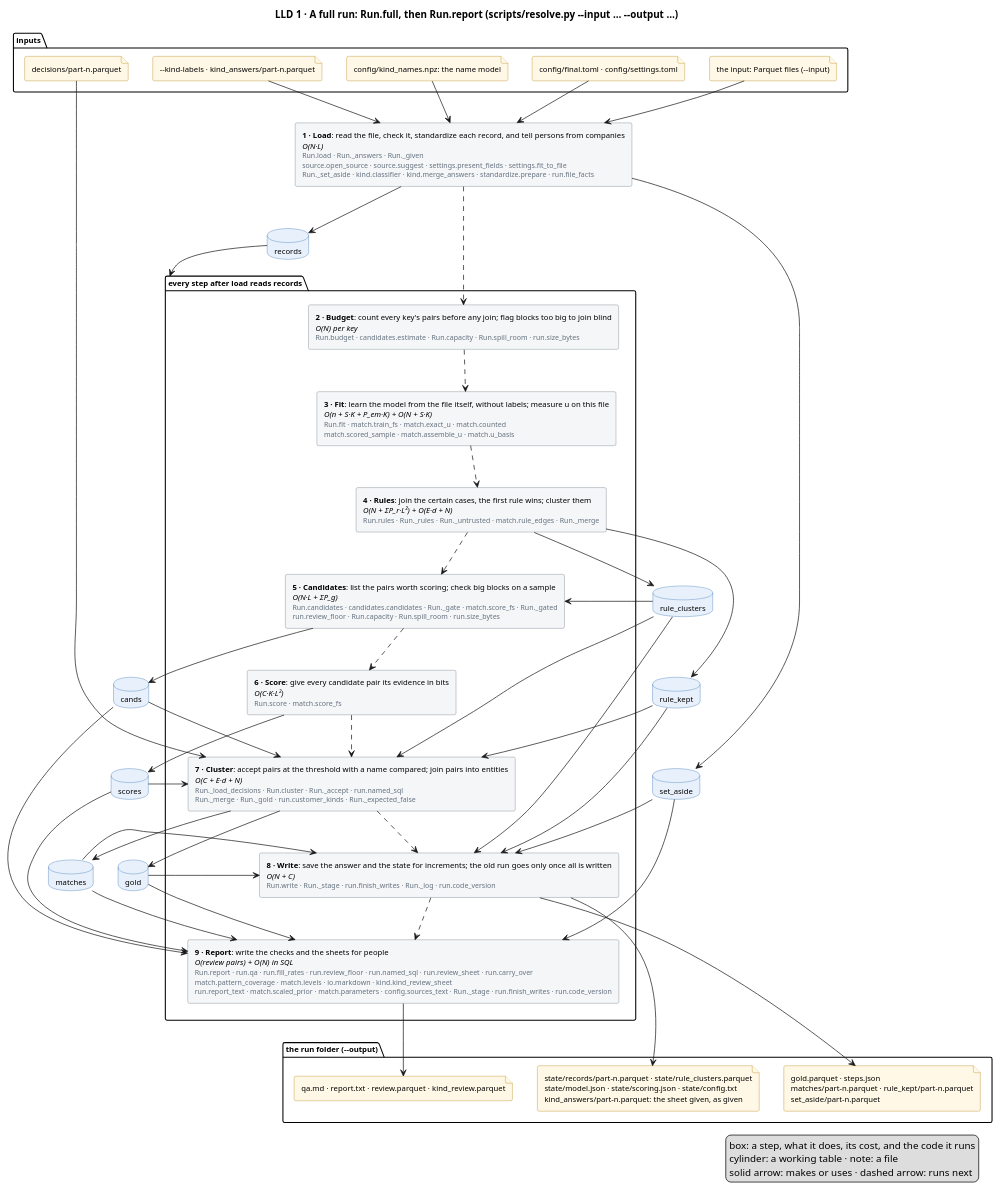
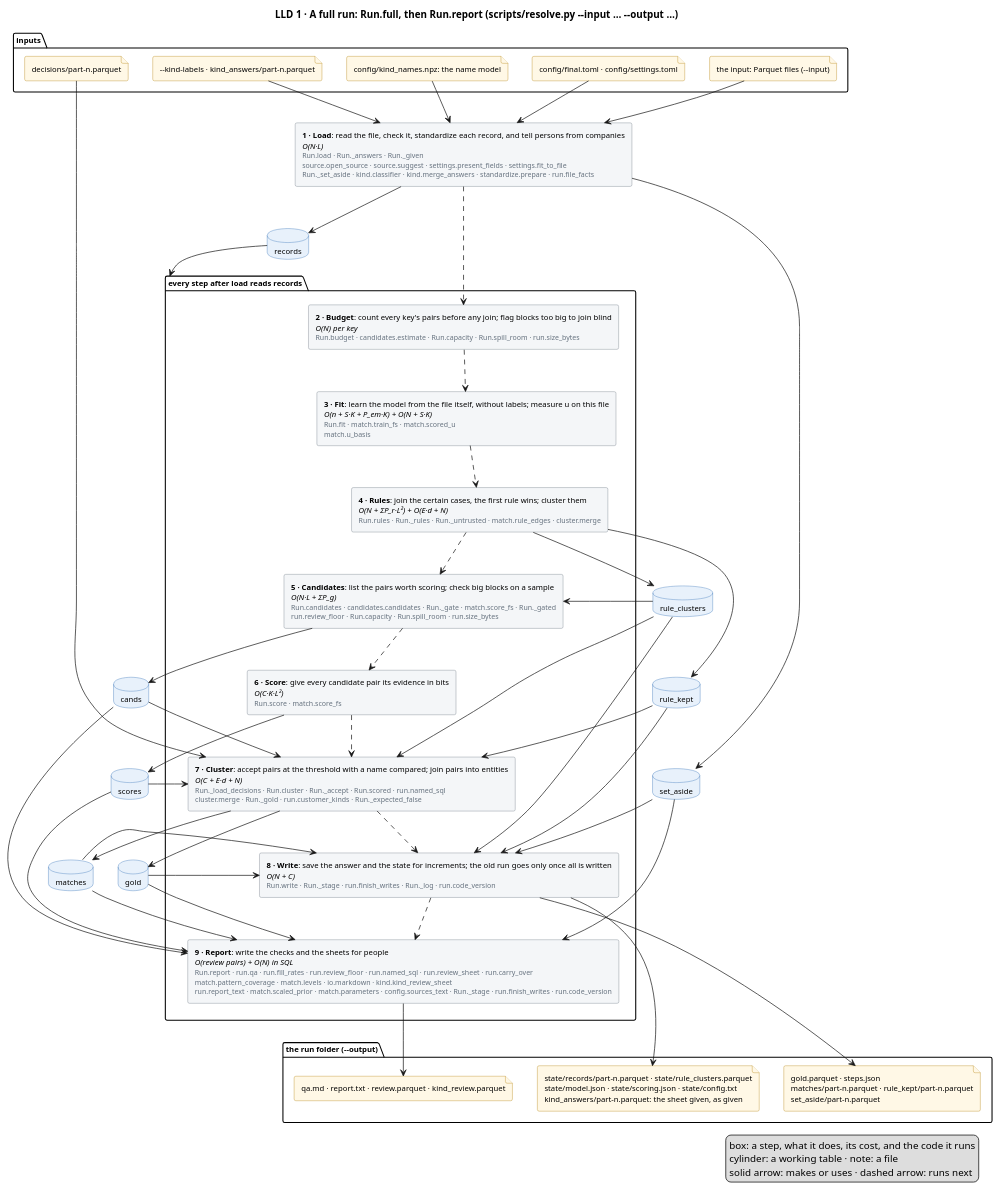
Before and after one commit to mvsbm/entity_matching: the diagram in docs/diagrams/full-run.puml, drawn with PlantUML. The commit also changed 27 other files, not shown here.

First line of the commit message:
One engine: design time measures the run itself

```diff
--- a/docs/diagrams/full-run.puml
+++ b/docs/diagrams/full-run.puml
@@ -1,100 +1,100 @@
 @startuml full-run
 title LLD 1 · A full run: Run.full, then Run.report (scripts/resolve.py ~--input … ~--output …)
 skinparam defaultFontSize 11
 skinparam rectangle {
   BackgroundColor #F4F6F8
   BorderColor #65717E
 }
 skinparam database {
   BackgroundColor #E8F1FB
   BorderColor #2C6DB3
 }
 skinparam file {
   BackgroundColor #FFF8E6
   BorderColor #B07D00
 }
 
 package "inputs" {
   file "the input: Parquet files (~--input)" as f_input
   file "config/final.toml · config/settings.toml" as f_config
   file "config/kind_names.npz: the name model" as f_names
   file "~--kind-labels · kind_answers/part-n.parquet" as f_answers
   file "decisions/part-n.parquet" as f_decisions
 }
 
 
 rectangle "<b>1 · Load</b>: read the file, check it, standardize each record, and tell persons from companies\n<i>O(N·L)</i>\n<size:10><color:#65717E>Run.load · Run._answers · Run._given</color></size>\n<size:10><color:#65717E>source.open_source · source.suggest · settings.present_fields · settings.fit_to_file</color></size>\n<size:10><color:#65717E>Run._set_aside · kind.classifier · kind.merge_answers · standardize.prepare · run.file_facts</color></size>" as load
 package "every step after load reads records" as after_load {
   rectangle "<b>2 · Budget</b>: count every key's pairs before any join; flag blocks too big to join blind\n<i>O(N) per key</i>\n<size:10><color:#65717E>Run.budget · candidates.estimate · Run.capacity · Run.spill_room · run.size_bytes</color></size>" as budget
-  rectangle "<b>3 · Fit</b>: learn the model from the file itself, without labels; measure u on this file\n<i>O(n + S·K + P_em·K) + O(N + S·K)</i>\n<size:10><color:#65717E>Run.fit · match.train_fs · match.exact_u · match.counted</color></size>\n<size:10><color:#65717E>match.scored_sample · match.assemble_u · match.u_basis</color></size>" as fit
-  rectangle "<b>4 · Rules</b>: join the certain cases, the first rule wins; cluster them\n<i>O(N + ΣP_r·L²) + O(E·d + N)</i>\n<size:10><color:#65717E>Run.rules · Run._rules · Run._untrusted · match.rule_edges · Run._merge</color></size>" as rules
+  rectangle "<b>3 · Fit</b>: learn the model from the file itself, without labels; measure u on this file\n<i>O(n + S·K + P_em·K) + O(N + S·K)</i>\n<size:10><color:#65717E>Run.fit · match.train_fs · match.scored_u</color></size>\n<size:10><color:#65717E>match.u_basis</color></size>" as fit
+  rectangle "<b>4 · Rules</b>: join the certain cases, the first rule wins; cluster them\n<i>O(N + ΣP_r·L²) + O(E·d + N)</i>\n<size:10><color:#65717E>Run.rules · Run._rules · Run._untrusted · match.rule_edges · cluster.merge</color></size>" as rules
   rectangle "<b>5 · Candidates</b>: list the pairs worth scoring; check big blocks on a sample\n<i>O(N·L + ΣP_g)</i>\n<size:10><color:#65717E>Run.candidates · candidates.candidates · Run._gate · match.score_fs · Run._gated</color></size>\n<size:10><color:#65717E>run.review_floor · Run.capacity · Run.spill_room · run.size_bytes</color></size>" as candidates
   rectangle "<b>6 · Score</b>: give every candidate pair its evidence in bits\n<i>O(C·K·L²)</i>\n<size:10><color:#65717E>Run.score · match.score_fs</color></size>" as score
-  rectangle "<b>7 · Cluster</b>: accept pairs at the threshold with a name compared; join pairs into entities\n<i>O(C + E·d + N)</i>\n<size:10><color:#65717E>Run._load_decisions · Run.cluster · Run._accept · run.named_sql</color></size>\n<size:10><color:#65717E>Run._merge · Run._gold · run.customer_kinds · Run._expected_false</color></size>" as cluster
+  rectangle "<b>7 · Cluster</b>: accept pairs at the threshold with a name compared; join pairs into entities\n<i>O(C + E·d + N)</i>\n<size:10><color:#65717E>Run._load_decisions · Run.cluster · Run._accept · Run.scored · run.named_sql</color></size>\n<size:10><color:#65717E>cluster.merge · Run._gold · run.customer_kinds · Run._expected_false</color></size>" as cluster
   rectangle "<b>8 · Write</b>: save the answer and the state for increments; the old run goes only once all is written\n<i>O(N + C)</i>\n<size:10><color:#65717E>Run.write · Run._stage · run.finish_writes · Run._log · run.code_version</color></size>" as write
   rectangle "<b>9 · Report</b>: write the checks and the sheets for people\n<i>O(review pairs) + O(N) in SQL</i>\n<size:10><color:#65717E>Run.report · run.qa · run.fill_rates · run.review_floor · run.named_sql · run.review_sheet · run.carry_over</color></size>\n<size:10><color:#65717E>match.pattern_coverage · match.levels · io.markdown · kind.kind_review_sheet</color></size>\n<size:10><color:#65717E>run.report_text · match.scaled_prior · match.parameters · config.sources_text · Run._stage · run.finish_writes · run.code_version</color></size>" as report
 }
 database "records" as records
 database "set_aside" as set_aside
 database "rule_clusters" as rule_clusters
 database "rule_kept" as rule_kept
 database "cands" as cands
 database "scores" as scores
 database "matches" as matches
 database "gold" as gold
 
 package "the run folder (~--output)" {
   file "gold.parquet · steps.json\nmatches/part-n.parquet · rule_kept/part-n.parquet\nset_aside/part-n.parquet" as f_out
   file "state/records/part-n.parquet · state/rule_clusters.parquet\nstate/model.json · state/scoring.json · state/config.txt\nkind_answers/part-n.parquet: the sheet given, as given" as f_state
   file "qa.md · report.txt · review.parquet · kind_review.parquet" as f_people
 }
 
 f_input --> load
 f_config --> load
 f_names --> load
 f_answers --> load
 f_decisions --> cluster
 
 load ..> budget
 budget ..> fit
 fit ..> rules
 rules ..> candidates
 candidates ..> score
 score ..> cluster
 cluster ..> write
 write ..> report
 
 load --> records
 load --> set_aside
 records --> after_load
 rules --> rule_clusters
 rules --> rule_kept
 rule_clusters --> candidates
 rule_clusters --> cluster
 rule_clusters --> write
 rule_kept --> cluster
 rule_kept --> write
 candidates --> cands
 cands --> cluster
 cands --> report
 score --> scores
 scores --> cluster
 scores --> report
 cluster --> matches
 cluster --> gold
 matches --> write
 matches --> report
 gold --> write
 gold --> report
 set_aside --> write
 set_aside --> report
 
 write --> f_out
 write --> f_state
 report --> f_people
 legend right
   box: a step, what it does, its cost, and the code it runs
   cylinder: a working table · note: a file
   solid arrow: makes or uses · dashed arrow: runs next
 endlegend
 @enduml
```
